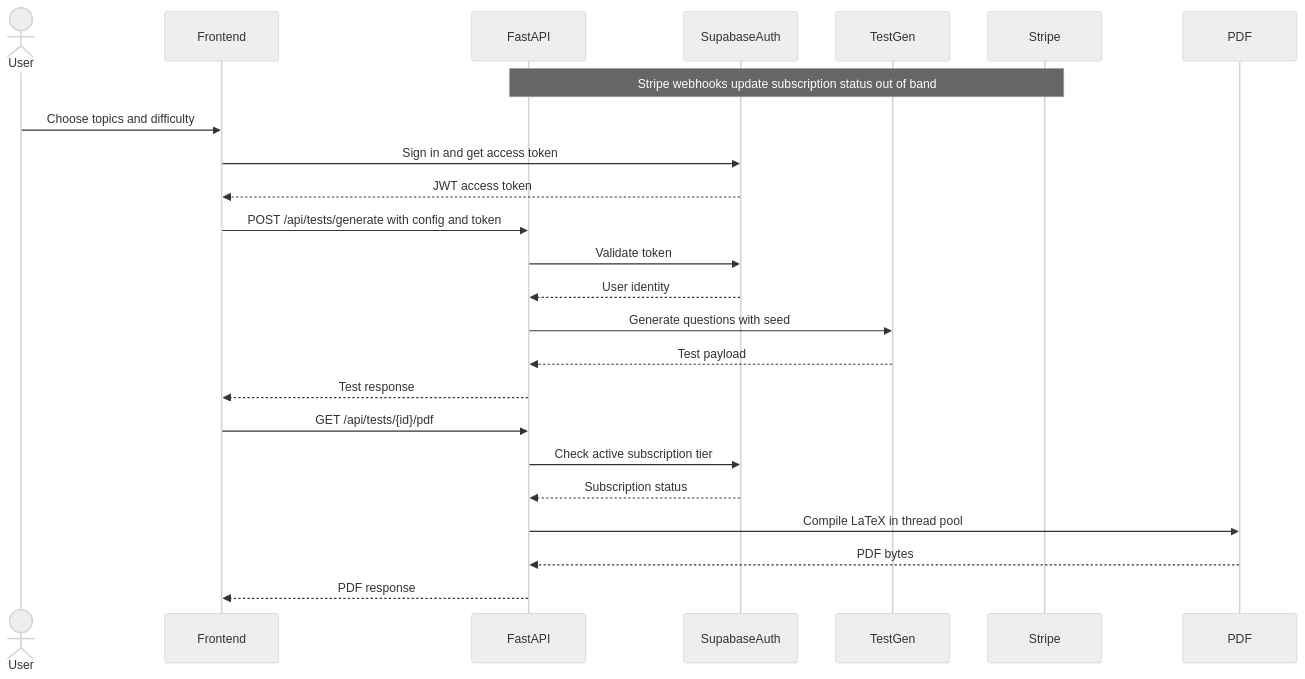
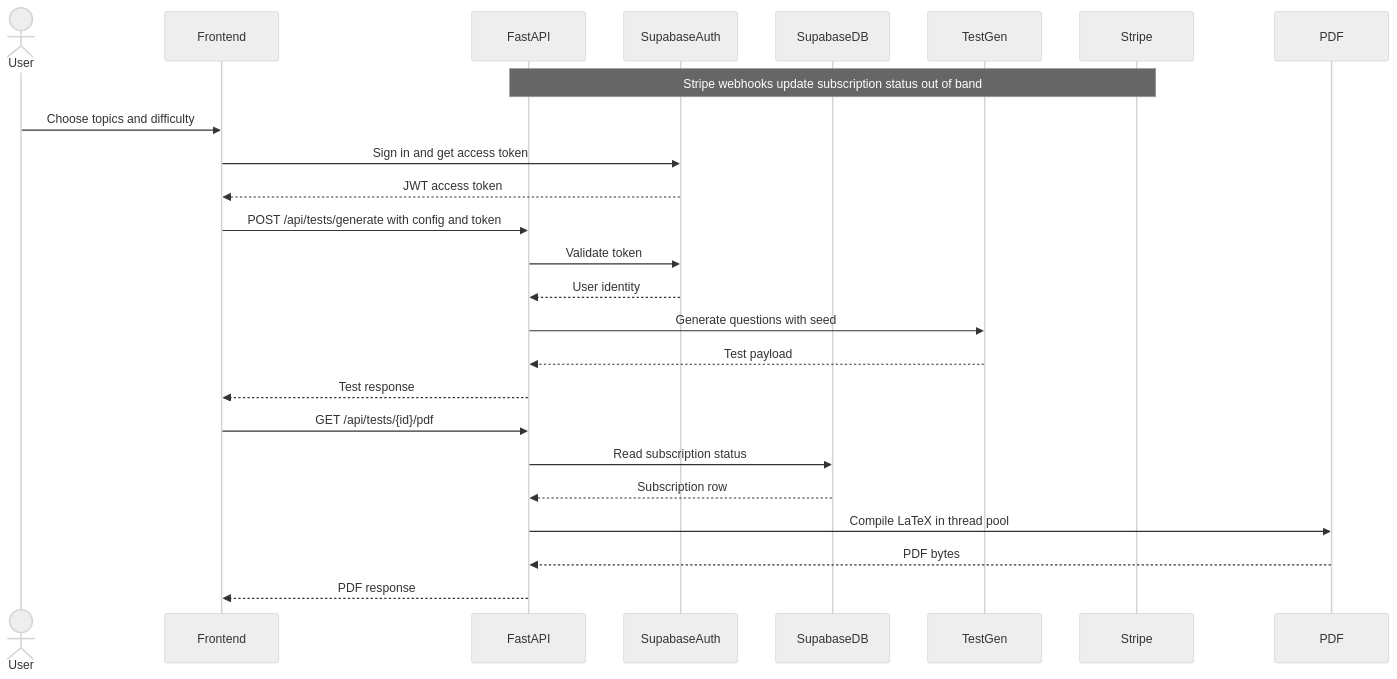
One commit to Aditya-Tripuraneni/Praxis changed the third of 4 diagrams in README.md. Above: the diagram before and after it, drawn with Mermaid (neutral theme). The commit also changed other lines of this file, not shown here.

First line of the commit message:
Align README diagrams with repo docs

````diff
--- a/README.md
+++ b/README.md
@@ -107,28 +106,29 @@
 ```mermaid
 sequenceDiagram
   actor User
   participant Frontend
   participant FastAPI
   participant SupabaseAuth
+  participant SupabaseDB
   participant TestGen
   participant Stripe
   participant PDF
 
   Note over Stripe,FastAPI: Stripe webhooks update subscription status out of band
 
   User->>Frontend: Choose topics and difficulty
   Frontend->>SupabaseAuth: Sign in and get access token
   SupabaseAuth-->>Frontend: JWT access token
   Frontend->>FastAPI: POST /api/tests/generate with config and token
   FastAPI->>SupabaseAuth: Validate token
   SupabaseAuth-->>FastAPI: User identity
   FastAPI->>TestGen: Generate questions with seed
   TestGen-->>FastAPI: Test payload
   FastAPI-->>Frontend: Test response
   Frontend->>FastAPI: GET /api/tests/{id}/pdf
-  FastAPI->>SupabaseAuth: Check active subscription tier
-  SupabaseAuth-->>FastAPI: Subscription status
+  FastAPI->>SupabaseDB: Read subscription status
+  SupabaseDB-->>FastAPI: Subscription row
   FastAPI->>PDF: Compile LaTeX in thread pool
   PDF-->>FastAPI: PDF bytes
   FastAPI-->>Frontend: PDF response
 ```
````
